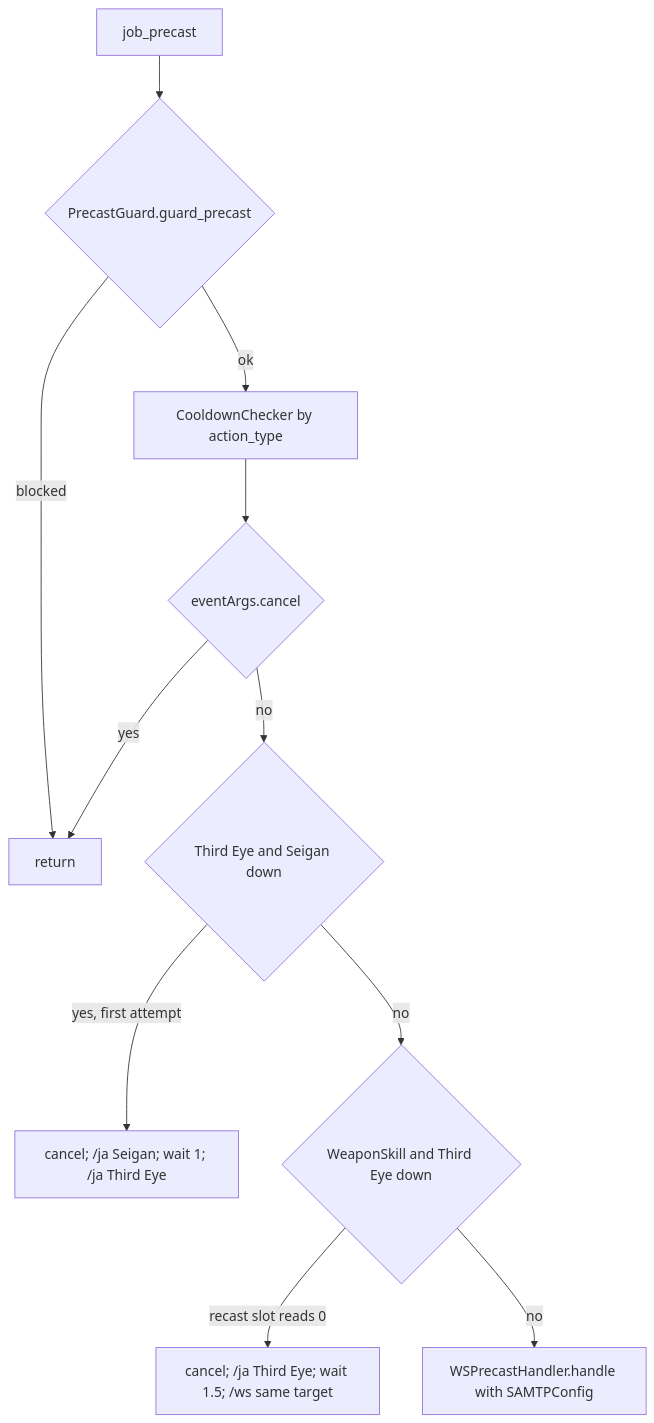
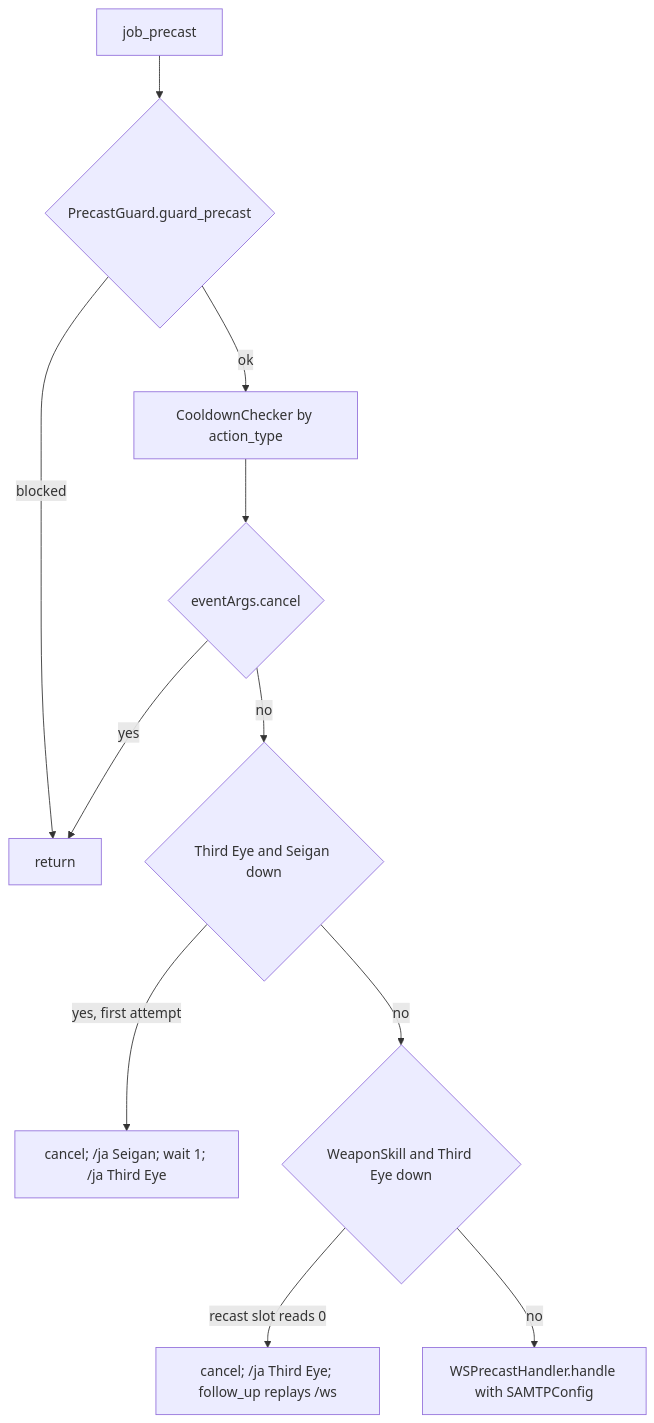
One commit to ejouanchicot/Gearswap changed the second of 2 diagrams in docs/dev/jobs/sam.md. Above: the diagram before and after it, drawn with Mermaid. The commit also changed 6 other files, not shown here.

````diff
--- a/docs/dev/jobs/sam.md
+++ b/docs/dev/jobs/sam.md
@@ -113,13 +113,13 @@
 ```mermaid
 flowchart TD
     A[job_precast] --> B{PrecastGuard.guard_precast}
     B -- blocked --> Z[return]
     B -- ok --> C[CooldownChecker by action_type]
     C --> D{eventArgs.cancel}
     D -- yes --> Z
     D -- no --> E{Third Eye and Seigan down}
     E -- "yes, first attempt" --> S[cancel; /ja Seigan; wait 1; /ja Third Eye]
     E -- no --> F{WeaponSkill and Third Eye down}
-    F -- "recast slot reads 0" --> T[cancel; /ja Third Eye; wait 1.5; /ws same target]
+    F -- "recast slot reads 0" --> T[cancel; /ja Third Eye; follow_up replays /ws]
     F -- no --> W[WSPrecastHandler.handle with SAMTPConfig]
 ```
````
